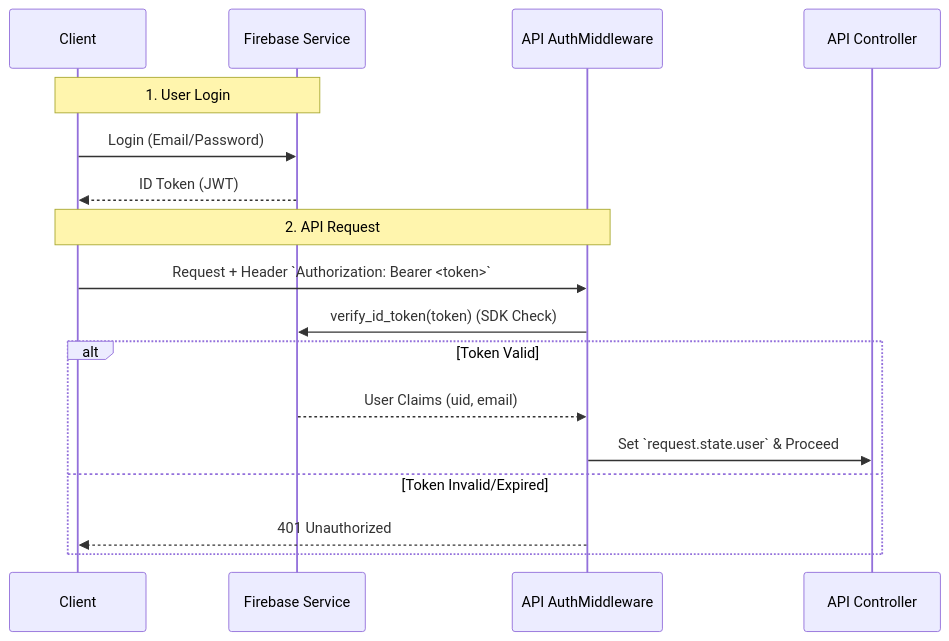
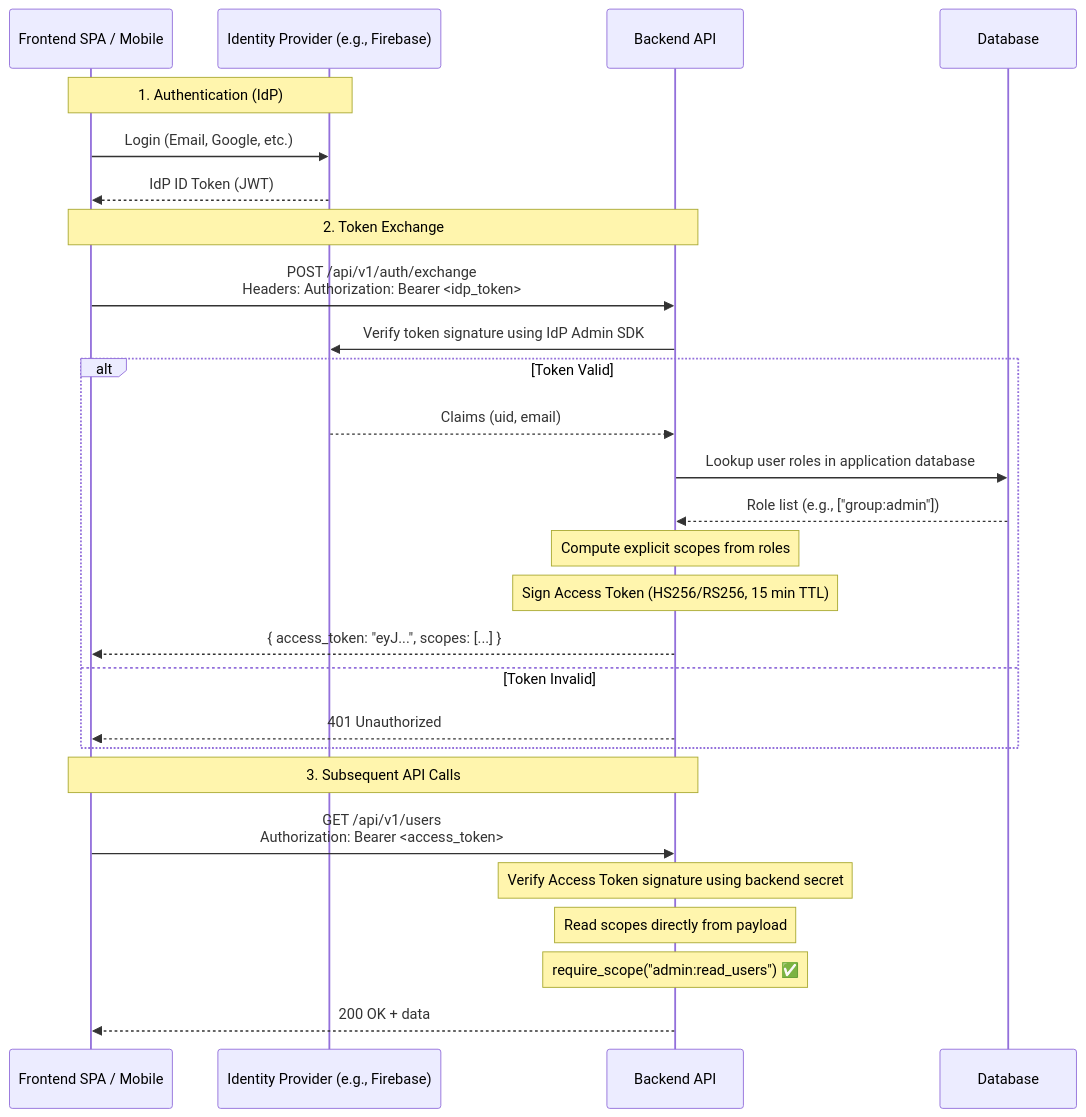
One commit to eSynergy-Solutions/architecture-patterns changed the first of 3 diagrams in Patterns/Apps/Microservices/python/authn-authz/authn-authz.md. Above: the diagram before and after it, drawn with Mermaid. The commit also changed other lines of this file and 1 other file, not shown here.

Commit message:
docs: clarify saas tenant domain resolution and update sequence diagrams

````diff
--- a/Patterns/Apps/Microservices/python/authn-authz/authn-authz.md
+++ b/Patterns/Apps/Microservices/python/authn-authz/authn-authz.md
@@ -136,23 +22,34 @@
 ```mermaid
 sequenceDiagram
-    participant Client
-    participant Firebase Service
-    participant API AuthMiddleware
-    participant API Controller
+    participant Client as Frontend SPA / Mobile
+    participant IdP as Identity Provider (e.g., Firebase)
+    participant Backend as Backend API
+    participant DB as Database
 
-    Note over Client, Firebase Service: 1. User Login
-    Client->>Firebase Service: Login (Email/Password)
-    Firebase Service-->>Client: ID Token (JWT)
+    Note over Client, IdP: 1. Authentication (IdP)
+    Client->>IdP: Login (Email, Google, etc.)
+    IdP-->>Client: IdP ID Token (JWT)
 
-    Note over Client, API AuthMiddleware: 2. API Request
-    Client->>API AuthMiddleware: Request + Header `Authorization: Bearer <token>`
-    
-    API AuthMiddleware->>Firebase Service: verify_id_token(token) (SDK Check)
-    
+    Note over Client, Backend: 2. Token Exchange
+    Client->>Backend: POST /api/v1/auth/exchange<br/>Headers: Authorization: Bearer <idp_token>
+
+    Backend->>IdP: Verify token signature using IdP Admin SDK
+
     alt Token Valid
-        Firebase Service-->>API AuthMiddleware: User Claims (uid, email)
-        API AuthMiddleware->>API Controller: Set `request.state.user` & Proceed
-    else Token Invalid/Expired
-        API AuthMiddleware-->>Client: 401 Unauthorized
+        IdP-->>Backend: Claims (uid, email)
+        Backend->>DB: Lookup user roles in application database
+        DB-->>Backend: Role list (e.g., ["group:admin"])
+        Note over Backend: Compute explicit scopes from roles
+        Note over Backend: Sign Access Token (HS256/RS256, 15 min TTL)
+        Backend-->>Client: { access_token: "eyJ...", scopes: [...] }
+    else Token Invalid
+        Backend-->>Client: 401 Unauthorized
     end
+
+    Note over Client, Backend: 3. Subsequent API Calls
+    Client->>Backend: GET /api/v1/users<br/>Authorization: Bearer <access_token>
+    Note over Backend: Verify Access Token signature using backend secret
+    Note over Backend: Read scopes directly from payload
+    Note over Backend: require_scope("admin:read_users") ✅
+    Backend-->>Client: 200 OK + data
 ```
````
